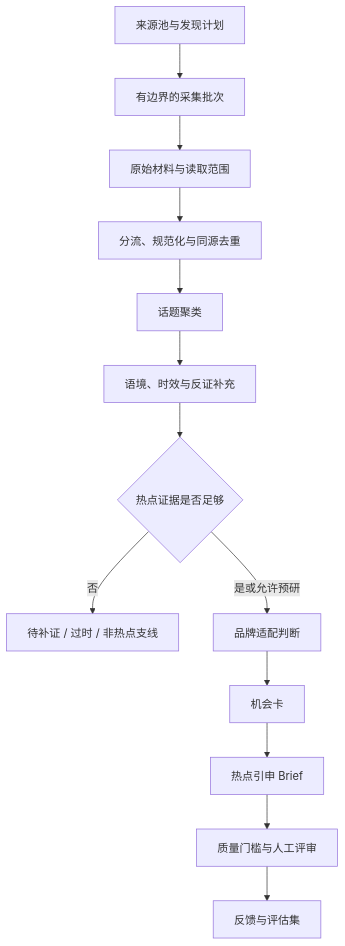
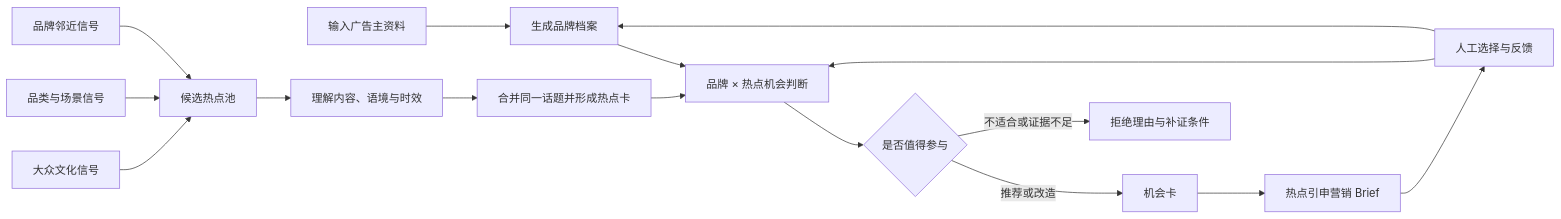
One commit to zoezhong2001-max/trendfit-brand-marketing-agent changed the diagram in docs/PHASE_2_WORKFLOW.md. Above: the diagram before and after it, drawn with Mermaid. The commit also changed other lines of this file and 3 other files, not shown here.

````diff
--- a/docs/PHASE_2_WORKFLOW.md
+++ b/docs/PHASE_2_WORKFLOW.md
@@ -26,15 +35,18 @@
 ```mermaid
-flowchart TD
-    A[来源池与发现计划] --> B[有边界的采集批次]
-    B --> C[原始材料与读取范围]
-    C --> D[分流、规范化与同源去重]
-    D --> E[话题聚类]
-    E --> F[语境、时效与反证补充]
-    F --> G{热点证据是否足够}
-    G -- 否 --> H[待补证 / 过时 / 非热点支线]
-    G -- 是或允许预研 --> I[品牌适配判断]
-    I --> J[机会卡]
-    J --> K[热点引申 Brief]
-    K --> L[质量门槛与人工评审]
-    L --> M[反馈与评估集]
+flowchart LR
+    A[输入广告主资料] --> B[生成品牌档案]
+    C[大众文化信号] --> F[候选热点池]
+    D[品类与场景信号] --> F
+    E[品牌邻近信号] --> F
+    F --> G[理解内容、语境与时效]
+    G --> H[合并同一话题并形成热点卡]
+    B --> I[品牌 × 热点机会判断]
+    H --> I
+    I --> J{是否值得参与}
+    J -->|推荐或改造| K[机会卡]
+    J -->|不适合或证据不足| L[拒绝理由与补证条件]
+    K --> M[热点引申营销 Brief]
+    M --> N[人工选择与反馈]
+    N --> B
+    N --> I
 ```
````
